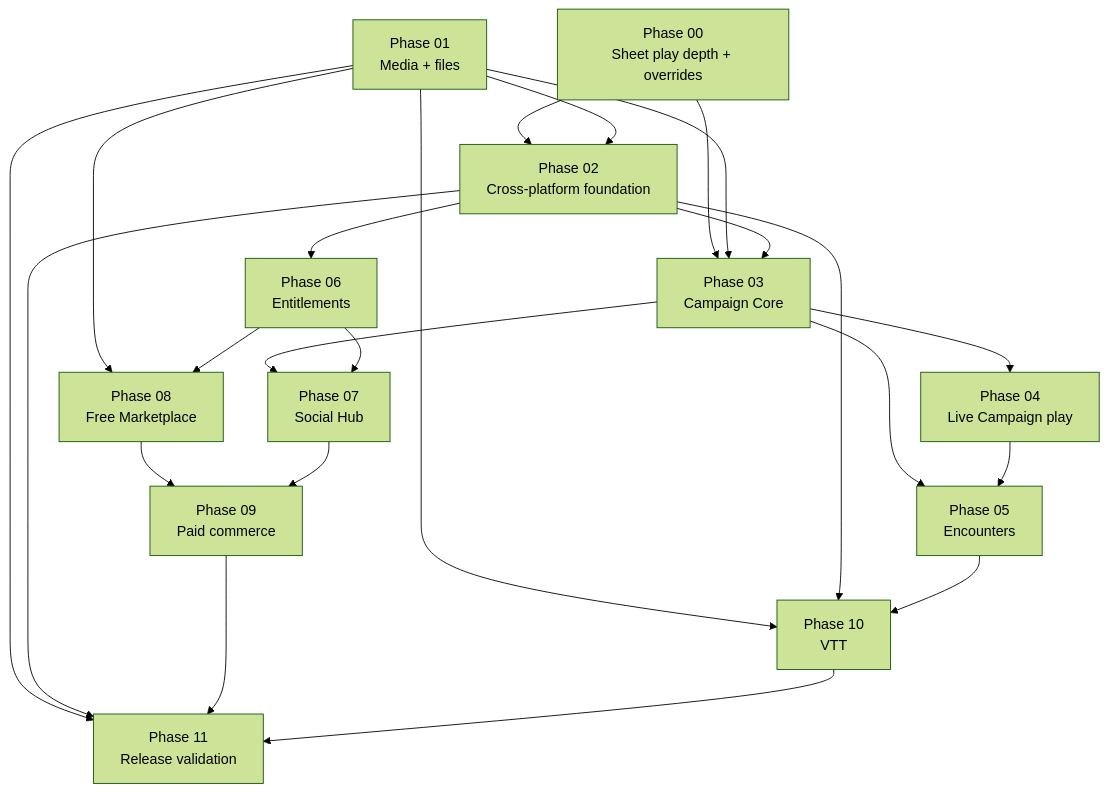
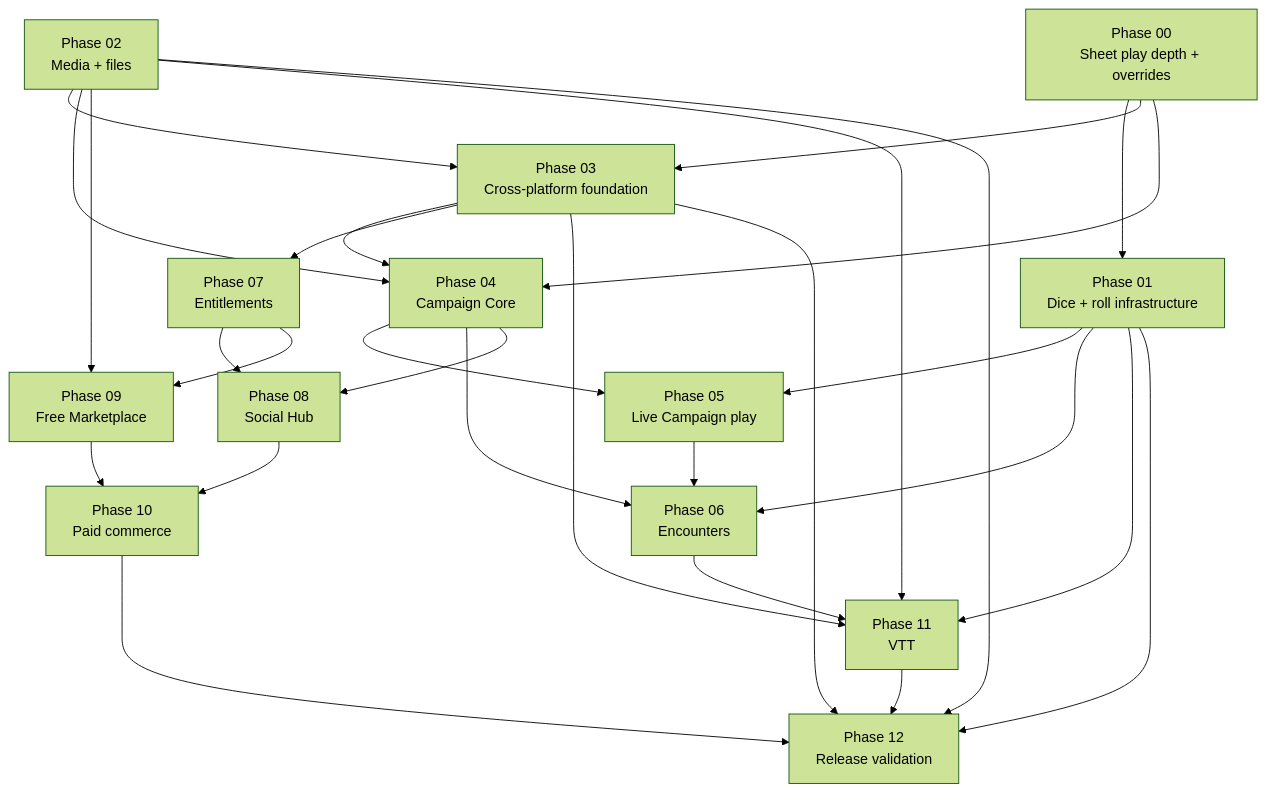
Before and after one commit to MPiland/artificer-toolkit: the second of 2 diagrams in docs/roadmap/README.md, drawn with Mermaid (forest theme). The commit also changed other lines of this file and 2130 other files, not shown here.

First line of the commit message:
Phase 00: complete Character Sheet play depth and overrides (#58)

````diff
--- a/docs/roadmap/README.md
+++ b/docs/roadmap/README.md
@@ -100,25 +105,30 @@
 ```mermaid
 flowchart TD
-  P0["Phase 00<br/>Sheet play depth + overrides"] --> P2["Phase 02<br/>Cross-platform foundation"]
-  P1["Phase 01<br/>Media + files"] --> P2
-  P0 --> P3["Phase 03<br/>Campaign Core"]
-  P1 --> P3
-  P2 --> P3
-  P3 --> P4["Phase 04<br/>Live Campaign play"]
-  P3 --> P5["Phase 05<br/>Encounters"]
+  P0["Phase 00<br/>Sheet play depth + overrides"] --> P1["Phase 01<br/>Dice + roll infrastructure"]
+  P0 --> P3["Phase 03<br/>Cross-platform foundation"]
+  P2["Phase 02<br/>Media + files"] --> P3
+  P0 --> P4["Phase 04<br/>Campaign Core"]
+  P2 --> P4
+  P3 --> P4
+  P1 --> P5["Phase 05<br/>Live Campaign play"]
   P4 --> P5
-  P2 --> P6["Phase 06<br/>Entitlements"]
-  P3 --> P7["Phase 07<br/>Social Hub"]
-  P6 --> P7
-  P1 --> P8["Phase 08<br/>Free Marketplace"]
-  P6 --> P8
-  P8 --> P9["Phase 09<br/>Paid commerce"]
+  P1 --> P6["Phase 06<br/>Encounters"]
+  P4 --> P6
+  P5 --> P6
+  P3 --> P7["Phase 07<br/>Entitlements"]
+  P4 --> P8["Phase 08<br/>Social Hub"]
+  P7 --> P8
+  P2 --> P9["Phase 09<br/>Free Marketplace"]
   P7 --> P9
-  P1 --> P10["Phase 10<br/>VTT"]
-  P2 --> P10
-  P5 --> P10
-  P1 --> P11["Phase 11<br/>Release validation"]
+  P9 --> P10["Phase 10<br/>Paid commerce"]
+  P8 --> P10
+  P1 --> P11["Phase 11<br/>VTT"]
   P2 --> P11
-  P9 --> P11
-  P10 --> P11
+  P3 --> P11
+  P6 --> P11
+  P1 --> P12["Phase 12<br/>Release validation"]
+  P2 --> P12
+  P3 --> P12
+  P10 --> P12
+  P11 --> P12
 ```
````
